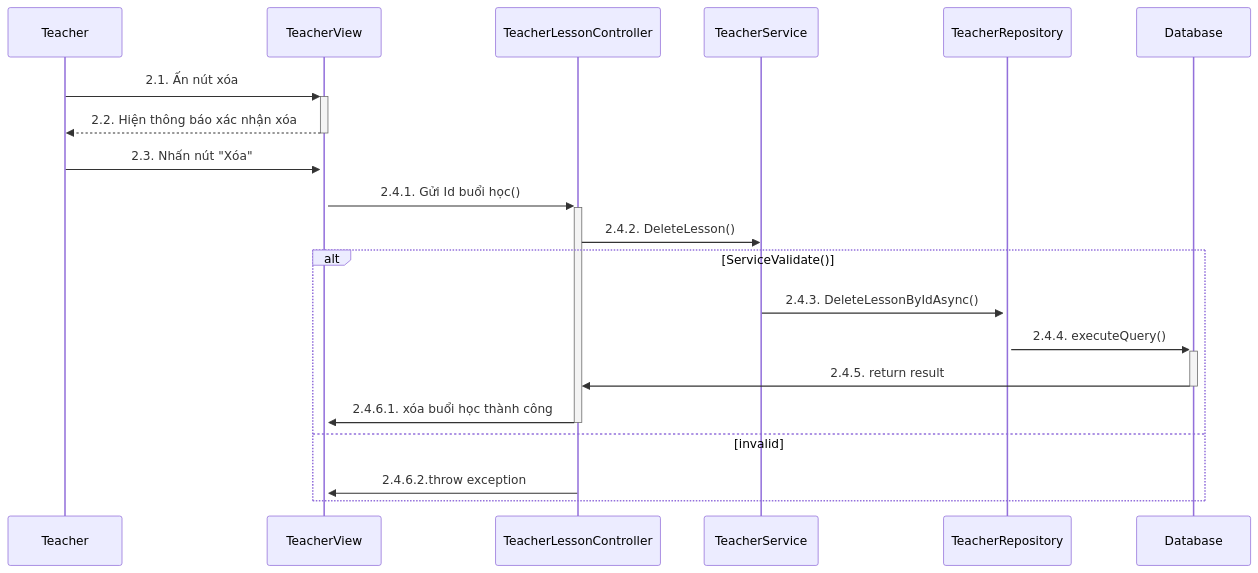
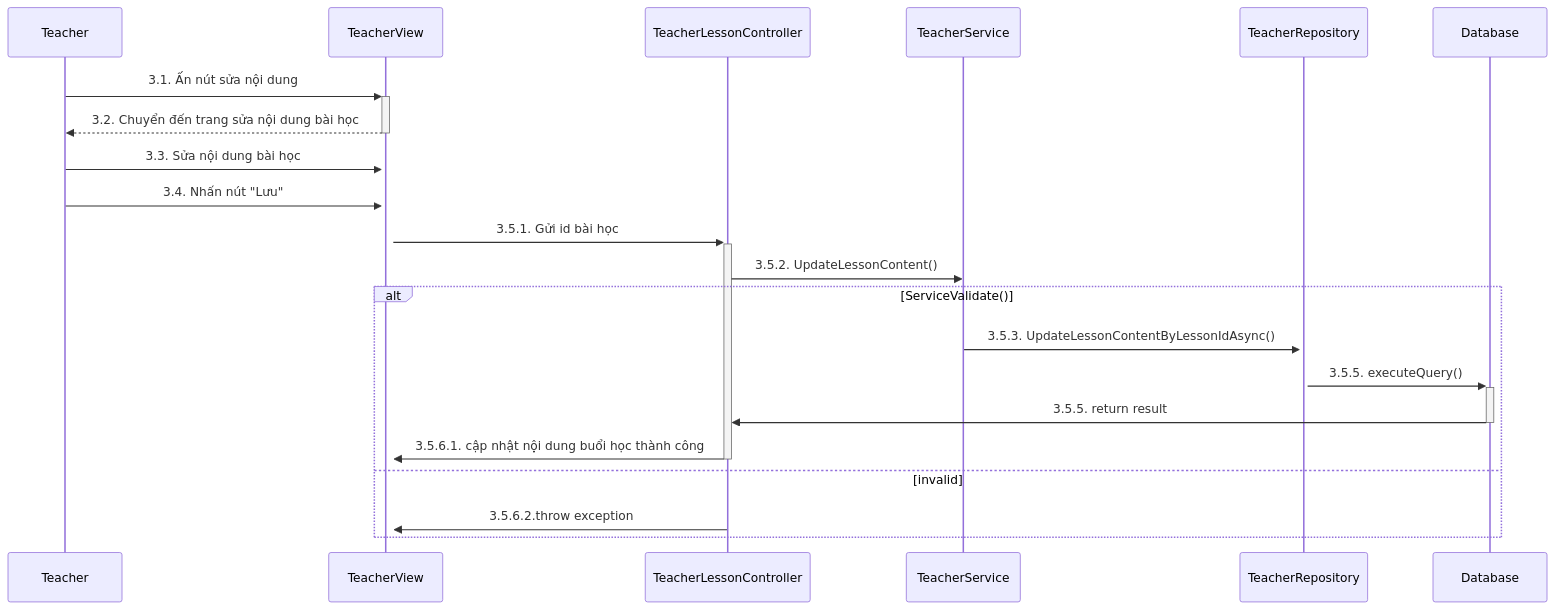
Before and after one commit to LienNTB/sequence-CNPM: the diagram in sequence/teacher/sequence1.3.md, drawn with Mermaid. The commit also changed 9 other files, not shown here.

````diff
--- a/sequence/teacher/sequence1.3.md
+++ b/sequence/teacher/sequence1.3.md
@@ -1,24 +1,25 @@
 ```mermaid
 sequenceDiagram
     participant Teacher
     participant TeacherView
     participant TeacherLessonController
     participant TeacherService
     participant TeacherRepository
     participant Database
 
-    Teacher->>+TeacherView: 2.1. Ấn nút xóa
-    TeacherView-->>-Teacher: 2.2. Hiện thông báo xác nhận xóa
-    Teacher->>+TeacherView: 2.3. Nhấn nút "Xóa"
-    TeacherView->>+TeacherLessonController: 2.4.1. Gửi Id buổi học()
-    TeacherLessonController->>TeacherService: 2.4.2. DeleteLesson()
+    Teacher->>+TeacherView: 3.1. Ấn nút sửa nội dung
+    TeacherView-->>-Teacher: 3.2. Chuyển đến trang sửa nội dung bài học
+    Teacher->>+TeacherView: 3.3. Sửa nội dung bài học
+    Teacher->>+TeacherView: 3.4. Nhấn nút "Lưu"
+    TeacherView->>+TeacherLessonController: 3.5.1. Gửi id bài học
+    TeacherLessonController->>TeacherService: 3.5.2. UpdateLessonContent()
     alt ServiceValidate()
-        TeacherService->>+TeacherRepository: 2.4.3. DeleteLessonByIdAsync()
-        TeacherRepository->>+Database: 2.4.4. executeQuery()
+        TeacherService->>+TeacherRepository: 3.5.3. UpdateLessonContentByLessonIdAsync()
+        TeacherRepository->>+Database: 3.5.5. executeQuery()
 
-        Database->>-TeacherLessonController: 2.4.5. return result
-        TeacherLessonController->>-TeacherView: 2.4.6.1. xóa buổi học thành công
+        Database->>-TeacherLessonController: 3.5.5. return result
+        TeacherLessonController->>-TeacherView: 3.5.6.1. cập nhật nội dung buổi học thành công
     else invalid
-        TeacherLessonController->>TeacherView: 2.4.6.2.throw exception
+        TeacherLessonController->>TeacherView: 3.5.6.2.throw exception
     end
 ```
````
